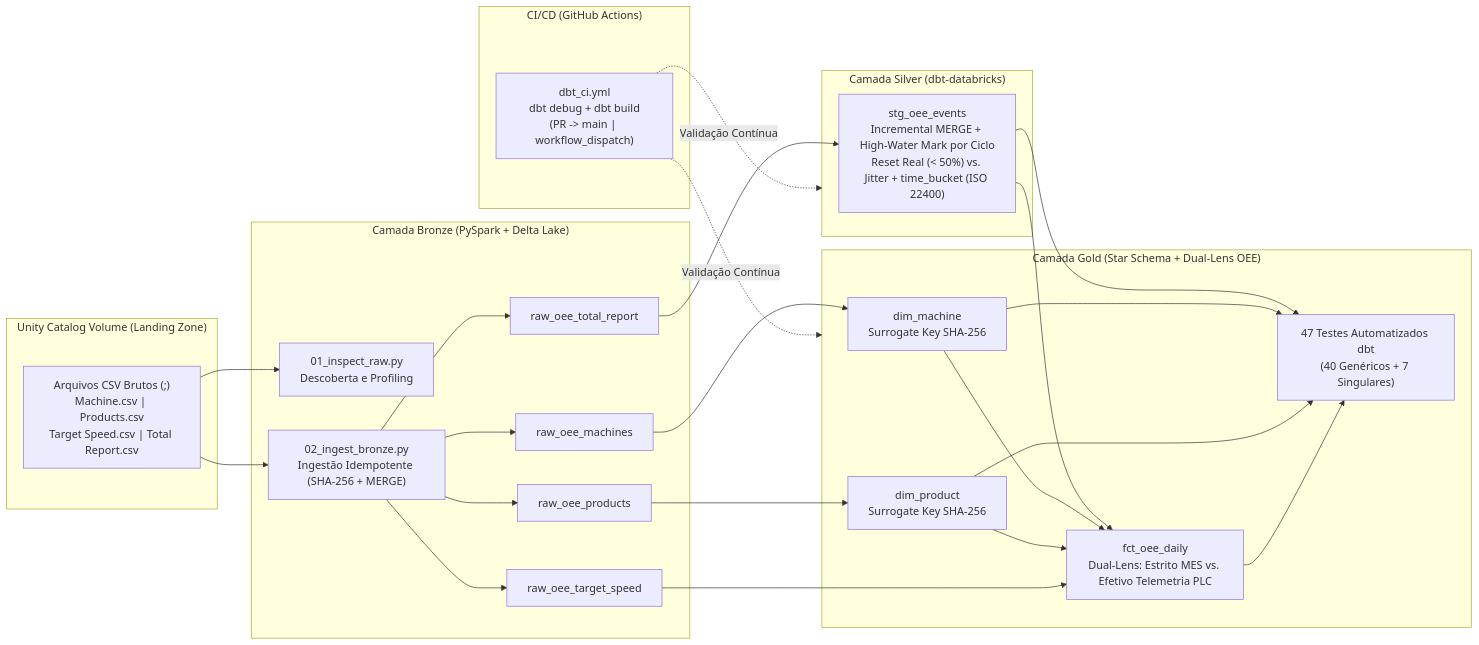
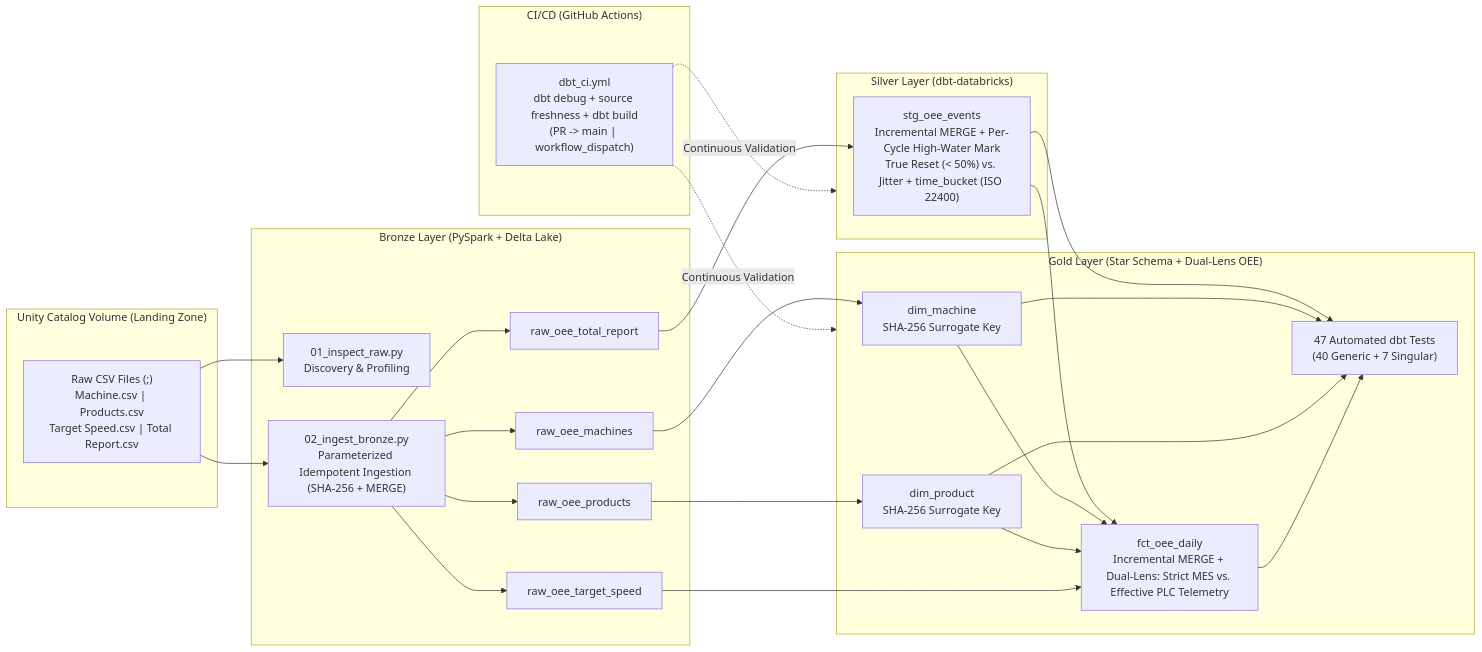
The diagram in README.md (Raniere-Pereira/industrial-oee-lakehouse), drawn with Mermaid before and after one commit. The commit also changed other lines of this file, not shown here.

````diff
--- a/README.md
+++ b/README.md
@@ -29,44 +25,44 @@
 ```mermaid
 flowchart LR
     subgraph LZ["Unity Catalog Volume (Landing Zone)"]
-        CSV["Arquivos CSV Brutos (;)<br/>Machine.csv | Products.csv<br/>Target Speed.csv | Total Report.csv"]
+        CSV["Raw CSV Files (;)<br/>Machine.csv | Products.csv<br/>Target Speed.csv | Total Report.csv"]
     end
 
-    subgraph BR["Camada Bronze (PySpark + Delta Lake)"]
-        NB1["01_inspect_raw.py<br/>Descoberta e Profiling"]
-        NB2["02_ingest_bronze.py<br/>Ingestão Idempotente (SHA-256 + MERGE)"]
+    subgraph BR["Bronze Layer (PySpark + Delta Lake)"]
+        NB1["01_inspect_raw.py<br/>Discovery & Profiling"]
+        NB2["02_ingest_bronze.py<br/>Parameterized Idempotent Ingestion (SHA-256 + MERGE)"]
         T_B1["raw_oee_machines"]
         T_B2["raw_oee_products"]
         T_B3["raw_oee_target_speed"]
         T_B4["raw_oee_total_report"]
     end
 
-    subgraph SV["Camada Silver (dbt-databricks)"]
-        STG["stg_oee_events<br/>Incremental MERGE + High-Water Mark por Ciclo<br/>Reset Real (< 50%) vs. Jitter + time_bucket (ISO 22400)"]
+    subgraph SV["Silver Layer (dbt-databricks)"]
+        STG["stg_oee_events<br/>Incremental MERGE + Per-Cycle High-Water Mark<br/>True Reset (< 50%) vs. Jitter + time_bucket (ISO 22400)"]
     end
 
-    subgraph GD["Camada Gold (Star Schema + Dual-Lens OEE)"]
-        DM["dim_machine<br/>Surrogate Key SHA-256"]
-        DP["dim_product<br/>Surrogate Key SHA-256"]
-        FCT["fct_oee_daily<br/>Dual-Lens: Estrito MES vs. Efetivo Telemetria PLC"]
-        TST["47 Testes Automatizados dbt<br/>(40 Genéricos + 7 Singulares)"]
+    subgraph GD["Gold Layer (Star Schema + Dual-Lens OEE)"]
+        DM["dim_machine<br/>SHA-256 Surrogate Key"]
+        DP["dim_product<br/>SHA-256 Surrogate Key"]
+        FCT["fct_oee_daily<br/>Incremental MERGE + Dual-Lens: Strict MES vs. Effective PLC Telemetry"]
+        TST["47 Automated dbt Tests<br/>(40 Generic + 7 Singular)"]
     end
 
     subgraph CI["CI/CD (GitHub Actions)"]
-        GHA["dbt_ci.yml<br/>dbt debug + dbt build<br/>(PR -> main | workflow_dispatch)"]
+        GHA["dbt_ci.yml<br/>dbt debug + source freshness + dbt build<br/>(PR -> main | workflow_dispatch)"]
     end
 
     CSV --> NB1
     CSV --> NB2
     NB2 --> T_B1 & T_B2 & T_B3 & T_B4
     T_B4 --> STG
     T_B1 --> DM
     T_B2 --> DP
     STG --> FCT
     DM --> FCT
     DP --> FCT
     T_B3 --> FCT
     STG & DM & DP & FCT --> TST
-    GHA -.->|"Validação Contínua"| SV
-    GHA -.->|"Validação Contínua"| GD
+    GHA -.->|"Continuous Validation"| SV
+    GHA -.->|"Continuous Validation"| GD
 ```
````
